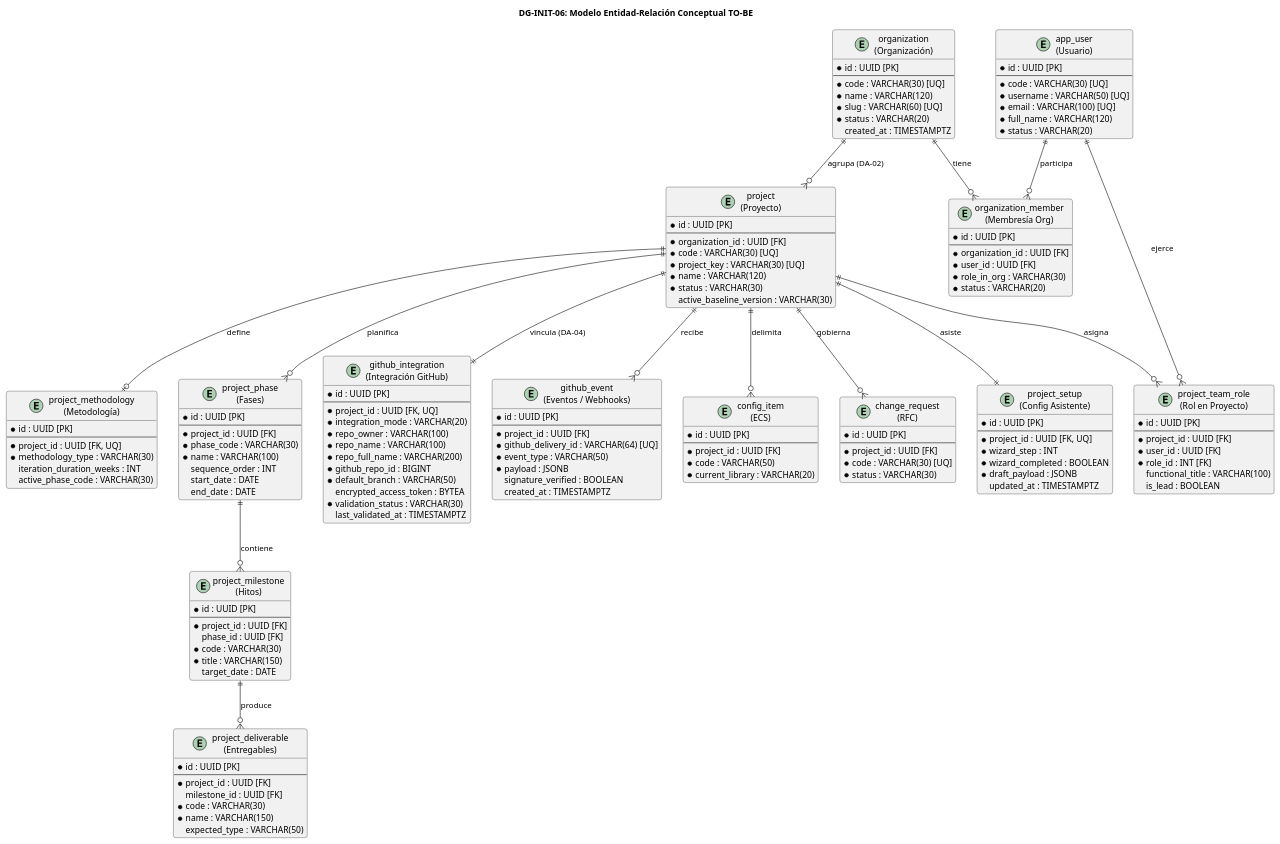
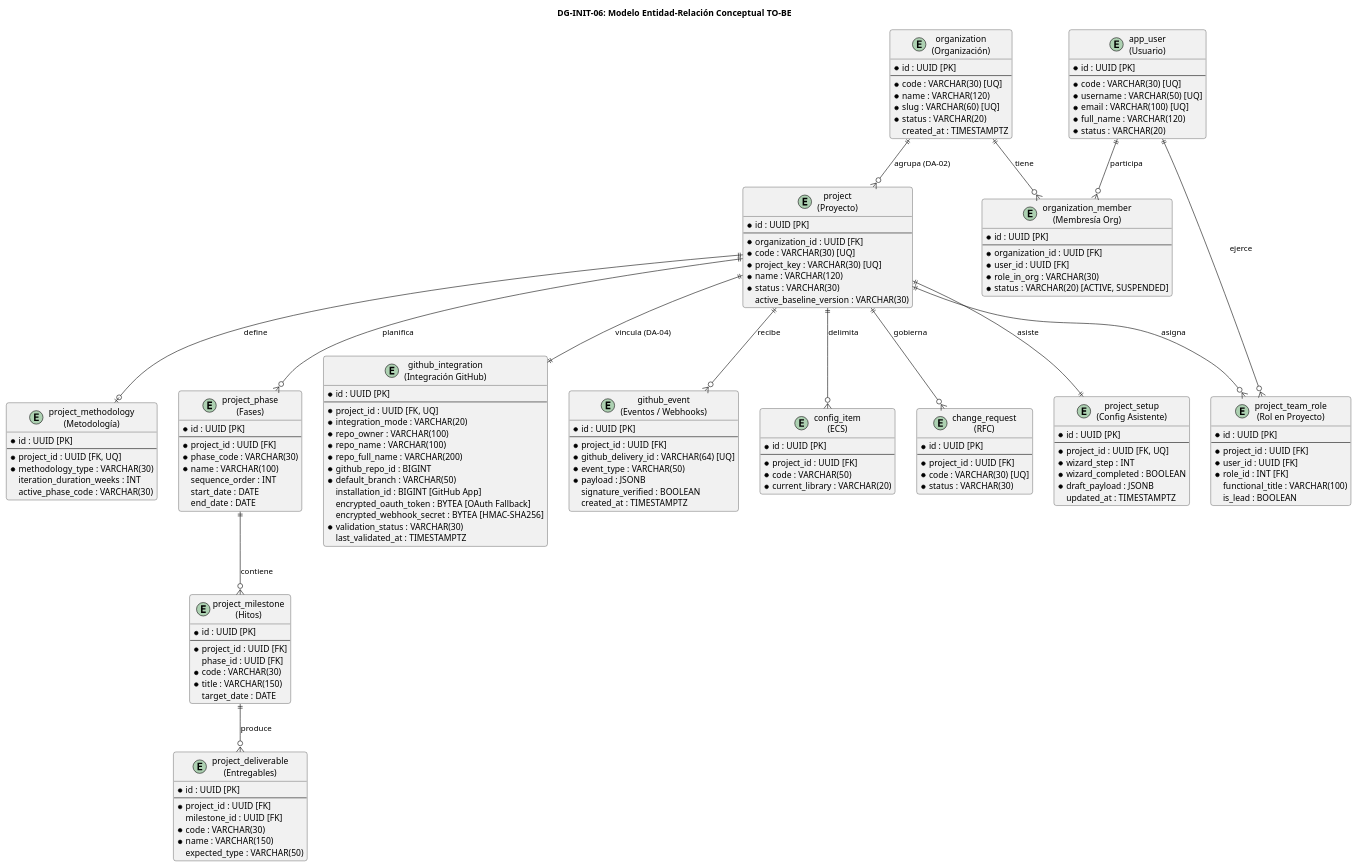
The diagram in docs/assets/diagramas/plantuml/diseno/DG-INIT-06.puml (JMedina255/TraceFlow), drawn with PlantUML before and after one commit. The commit also changed 12 other files, not shown here.

```diff
--- a/docs/assets/diagramas/plantuml/diseno/DG-INIT-06.puml
+++ b/docs/assets/diagramas/plantuml/diseno/DG-INIT-06.puml
@@ -1,166 +1,168 @@
 @startuml
 skinparam shadowing false
 skinparam roundcorner 8
 skinparam defaultFontName Arial
 skinparam packageStyle rectangle
 
 title <b>DG-INIT-06: Modelo Entidad-Relación Conceptual TO-BE</b>
 
 entity "organization\n(Organización)" as ORG {
     * id : UUID [PK]
     --
     * code : VARCHAR(30) [UQ]
     * name : VARCHAR(120)
     * slug : VARCHAR(60) [UQ]
     * status : VARCHAR(20)
     created_at : TIMESTAMPTZ
 }
 
 entity "organization_member\n(Membresía Org)" as ORG_MEM {
     * id : UUID [PK]
     --
     * organization_id : UUID [FK]
     * user_id : UUID [FK]
     * role_in_org : VARCHAR(30)
-    * status : VARCHAR(20)
+    * status : VARCHAR(20) [ACTIVE, SUSPENDED]
 }
 
 entity "app_user\n(Usuario)" as USR {
     * id : UUID [PK]
     --
     * code : VARCHAR(30) [UQ]
     * username : VARCHAR(50) [UQ]
     * email : VARCHAR(100) [UQ]
     * full_name : VARCHAR(120)
     * status : VARCHAR(20)
 }
 
 entity "project\n(Proyecto)" as PRJ {
     * id : UUID [PK]
     --
     * organization_id : UUID [FK]
     * code : VARCHAR(30) [UQ]
     * project_key : VARCHAR(30) [UQ]
     * name : VARCHAR(120)
     * status : VARCHAR(30)
     active_baseline_version : VARCHAR(30)
 }
 
 entity "project_setup\n(Config Asistente)" as SETUP {
     * id : UUID [PK]
     --
     * project_id : UUID [FK, UQ]
     * wizard_step : INT
     * wizard_completed : BOOLEAN
     * draft_payload : JSONB
     updated_at : TIMESTAMPTZ
 }
 
 entity "project_team_role\n(Rol en Proyecto)" as PROJ_ROLE {
     * id : UUID [PK]
     --
     * project_id : UUID [FK]
     * user_id : UUID [FK]
     * role_id : INT [FK]
     functional_title : VARCHAR(100)
     is_lead : BOOLEAN
 }
 
 entity "project_methodology\n(Metodología)" as METH {
     * id : UUID [PK]
     --
     * project_id : UUID [FK, UQ]
     * methodology_type : VARCHAR(30)
     iteration_duration_weeks : INT
     active_phase_code : VARCHAR(30)
 }
 
 entity "project_phase\n(Fases)" as PHASE {
     * id : UUID [PK]
     --
     * project_id : UUID [FK]
     * phase_code : VARCHAR(30)
     * name : VARCHAR(100)
     sequence_order : INT
     start_date : DATE
     end_date : DATE
 }
 
 entity "project_milestone\n(Hitos)" as MILE {
     * id : UUID [PK]
     --
     * project_id : UUID [FK]
     phase_id : UUID [FK]
     * code : VARCHAR(30)
     * title : VARCHAR(150)
     target_date : DATE
 }
 
 entity "project_deliverable\n(Entregables)" as DELIV {
     * id : UUID [PK]
     --
     * project_id : UUID [FK]
     milestone_id : UUID [FK]
     * code : VARCHAR(30)
     * name : VARCHAR(150)
     expected_type : VARCHAR(50)
 }
 
 entity "github_integration\n(Integración GitHub)" as GH {
     * id : UUID [PK]
     --
     * project_id : UUID [FK, UQ]
     * integration_mode : VARCHAR(20)
     * repo_owner : VARCHAR(100)
     * repo_name : VARCHAR(100)
     * repo_full_name : VARCHAR(200)
     * github_repo_id : BIGINT
     * default_branch : VARCHAR(50)
-    encrypted_access_token : BYTEA
+    installation_id : BIGINT [GitHub App]
+    encrypted_oauth_token : BYTEA [OAuth Fallback]
+    encrypted_webhook_secret : BYTEA [HMAC-SHA256]
     * validation_status : VARCHAR(30)
     last_validated_at : TIMESTAMPTZ
 }
 
 entity "github_event\n(Eventos / Webhooks)" as GHEVT {
     * id : UUID [PK]
     --
     * project_id : UUID [FK]
     * github_delivery_id : VARCHAR(64) [UQ]
     * event_type : VARCHAR(50)
     * payload : JSONB
     signature_verified : BOOLEAN
     created_at : TIMESTAMPTZ
 }
 
 entity "config_item\n(ECS)" as ECS {
     * id : UUID [PK]
     --
     * project_id : UUID [FK]
     * code : VARCHAR(50)
     * current_library : VARCHAR(20)
 }
 
 entity "change_request\n(RFC)" as RFC {
     * id : UUID [PK]
     --
     * project_id : UUID [FK]
     * code : VARCHAR(30) [UQ]
     * status : VARCHAR(30)
 }
 
 ORG ||--o{ PRJ : agrupa (DA-02)
 ORG ||--o{ ORG_MEM : tiene
 USR ||--o{ ORG_MEM : participa
 PRJ ||--|| SETUP : asiste
 PRJ ||--o{ PROJ_ROLE : asigna
 USR ||--o{ PROJ_ROLE : ejerce
 PRJ ||--o| METH : define
 PRJ ||--o{ PHASE : planifica
 PHASE ||--o{ MILE : contiene
 MILE ||--o{ DELIV : produce
 PRJ ||--|| GH : vincula (DA-04)
 PRJ ||--o{ GHEVT : recibe
 PRJ ||--o{ ECS : delimita
 PRJ ||--o{ RFC : gobierna
 
 @enduml
```
